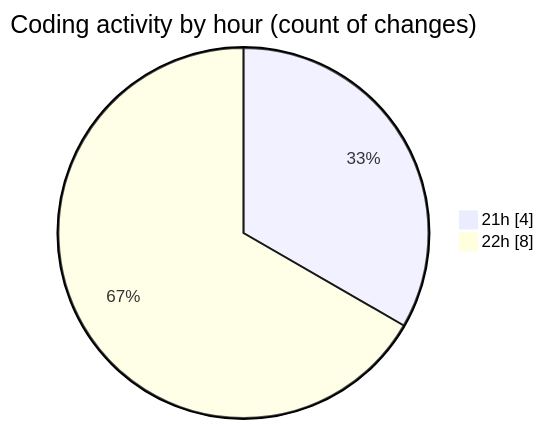
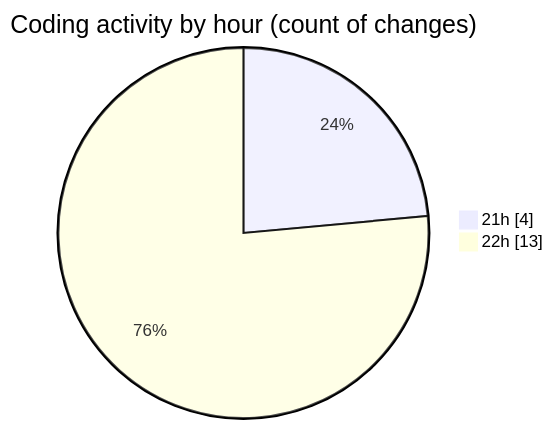
One commit to MatusMokan/code-tracking changed the second of 2 diagrams in 2025-11-14/untitled__workspace_/README.md. Above: the diagram before and after it, drawn with Mermaid. The commit also changed other lines of this file and 1 other file, not shown here.

````diff
--- a/2025-11-14/untitled__workspace_/README.md
+++ b/2025-11-14/untitled__workspace_/README.md
@@ -31,6 +32,6 @@
 ```mermaid
 pie showData
 title Coding activity by hour (count of changes)
 "21h" : 4
-"22h" : 8
+"22h" : 13
 ```
````
